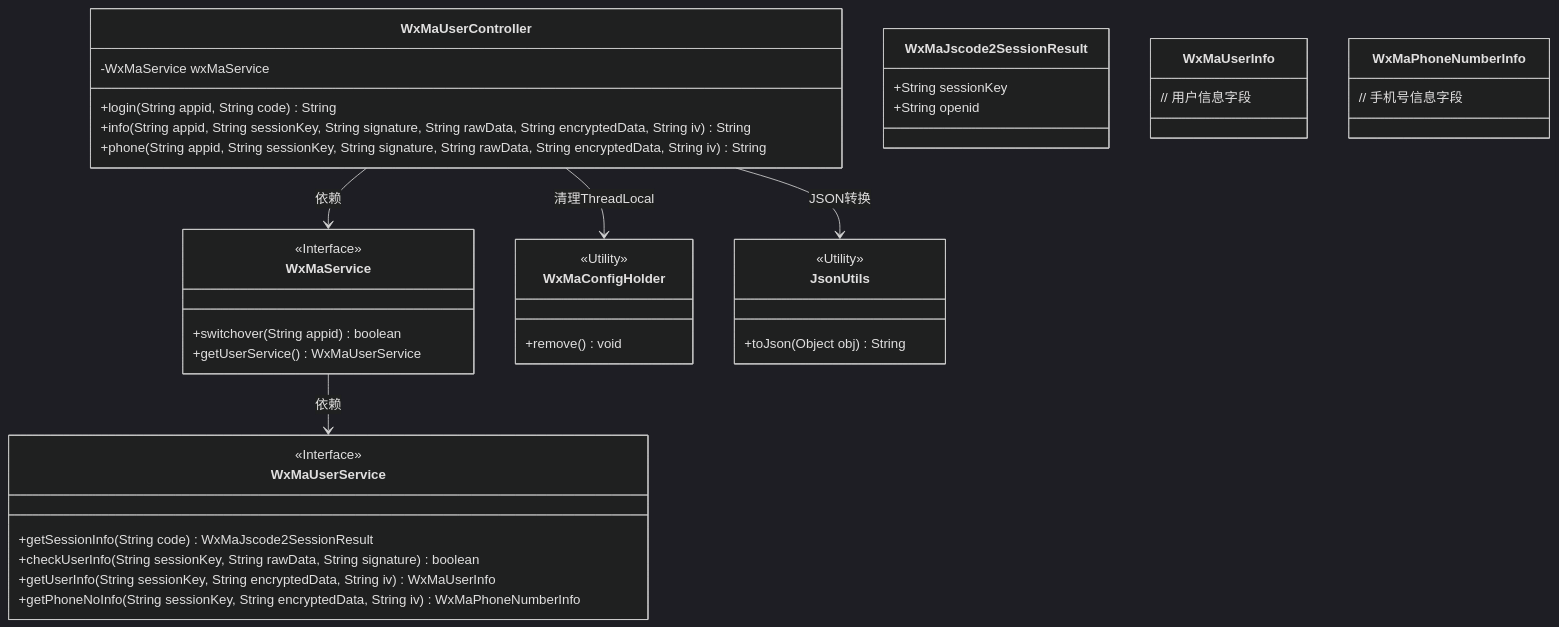
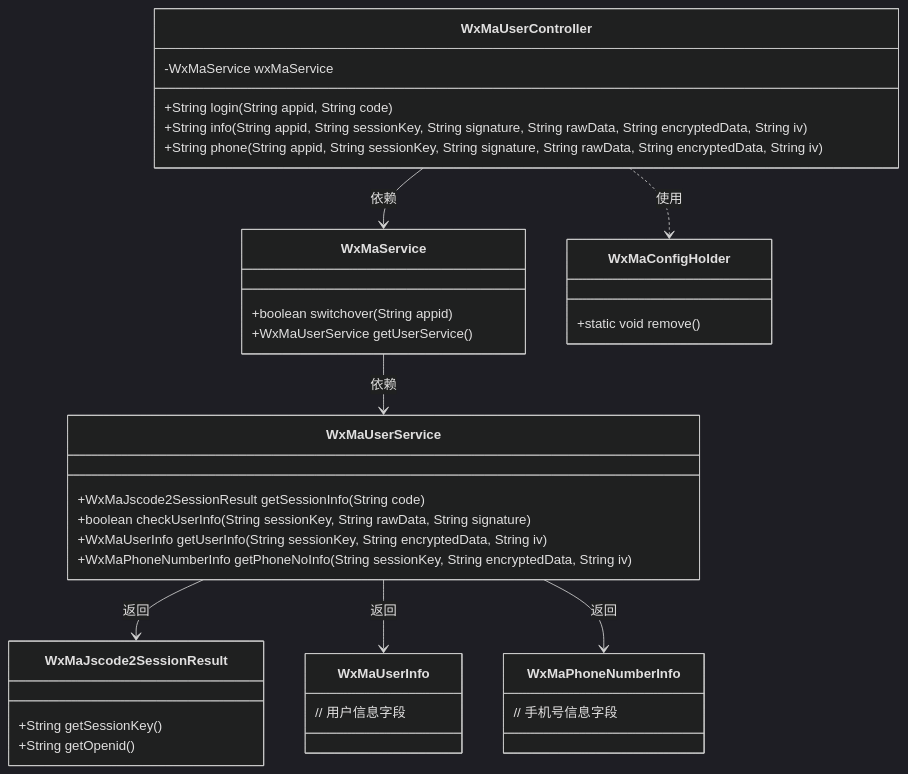
The first of 2 diagrams in docs/zh/docs/src/main/java/com/github/binarywang/demo/wx/miniapp/controller/WxMaUserController.md (v-wjrong/rongwj666_weixin-java-miniapp-demo), drawn with Mermaid (dark theme) before and after one commit. The commit also changed other lines of this file and 46 other files, not shown here.

````diff
--- a/docs/zh/docs/src/main/java/com/github/binarywang/demo/wx/miniapp/controller/WxMaUserController.md
+++ b/docs/zh/docs/src/main/java/com/github/binarywang/demo/wx/miniapp/controller/WxMaUserController.md
@@ -36,51 +36,45 @@
 ```mermaid
 classDiagram
     class WxMaUserController {
         -WxMaService wxMaService
-        +login(String appid, String code) String
-        +info(String appid, String sessionKey, String signature, String rawData, String encryptedData, String iv) String
-        +phone(String appid, String sessionKey, String signature, String rawData, String encryptedData, String iv) String
+        +String login(String appid, String code)
+        +String info(String appid, String sessionKey, String signature, String rawData, String encryptedData, String iv)
+        +String phone(String appid, String sessionKey, String signature, String rawData, String encryptedData, String iv)
     }
 
     class WxMaService {
-        <<Interface>>
-        +switchover(String appid) boolean
-        +getUserService() WxMaUserService
+        +boolean switchover(String appid)
+        +WxMaUserService getUserService()
     }
 
     class WxMaUserService {
-        <<Interface>>
-        +getSessionInfo(String code) WxMaJscode2SessionResult
-        +checkUserInfo(String sessionKey, String rawData, String signature) boolean
-        +getUserInfo(String sessionKey, String encryptedData, String iv) WxMaUserInfo
-        +getPhoneNoInfo(String sessionKey, String encryptedData, String iv) WxMaPhoneNumberInfo
+        +WxMaJscode2SessionResult getSessionInfo(String code)
+        +boolean checkUserInfo(String sessionKey, String rawData, String signature)
+        +WxMaUserInfo getUserInfo(String sessionKey, String encryptedData, String iv)
+        +WxMaPhoneNumberInfo getPhoneNoInfo(String sessionKey, String encryptedData, String iv)
     }
 
     class WxMaJscode2SessionResult {
-        +String sessionKey
-        +String openid
+        +String getSessionKey()
+        +String getOpenid()
     }
 
     class WxMaUserInfo {
         // 用户信息字段
     }
 
     class WxMaPhoneNumberInfo {
         // 手机号信息字段
     }
 
     class WxMaConfigHolder {
-        <<Utility>>
-        +remove() void
-    }
-
-    class JsonUtils {
-        <<Utility>>
-        +toJson(Object obj) String
+        +static void remove()
     }
 
     WxMaUserController --> WxMaService : 依赖
     WxMaService --> WxMaUserService : 依赖
-    WxMaUserController --> WxMaConfigHolder : 清理ThreadLocal
-    WxMaUserController --> JsonUtils : JSON转换
+    WxMaUserService --> WxMaJscode2SessionResult : 返回
+    WxMaUserService --> WxMaUserInfo : 返回
+    WxMaUserService --> WxMaPhoneNumberInfo : 返回
+    WxMaUserController ..> WxMaConfigHolder : 使用
 ```
````
